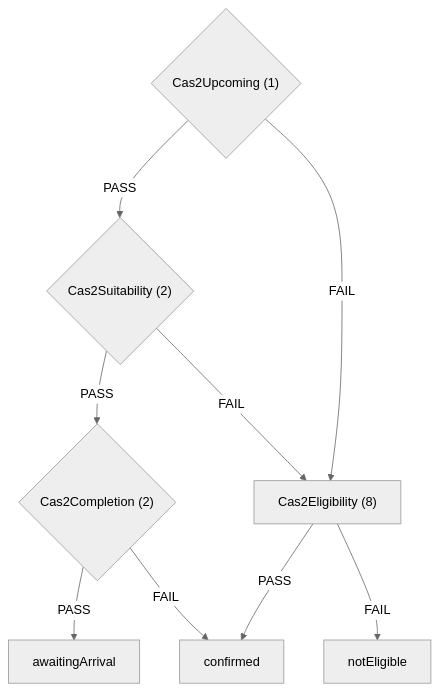
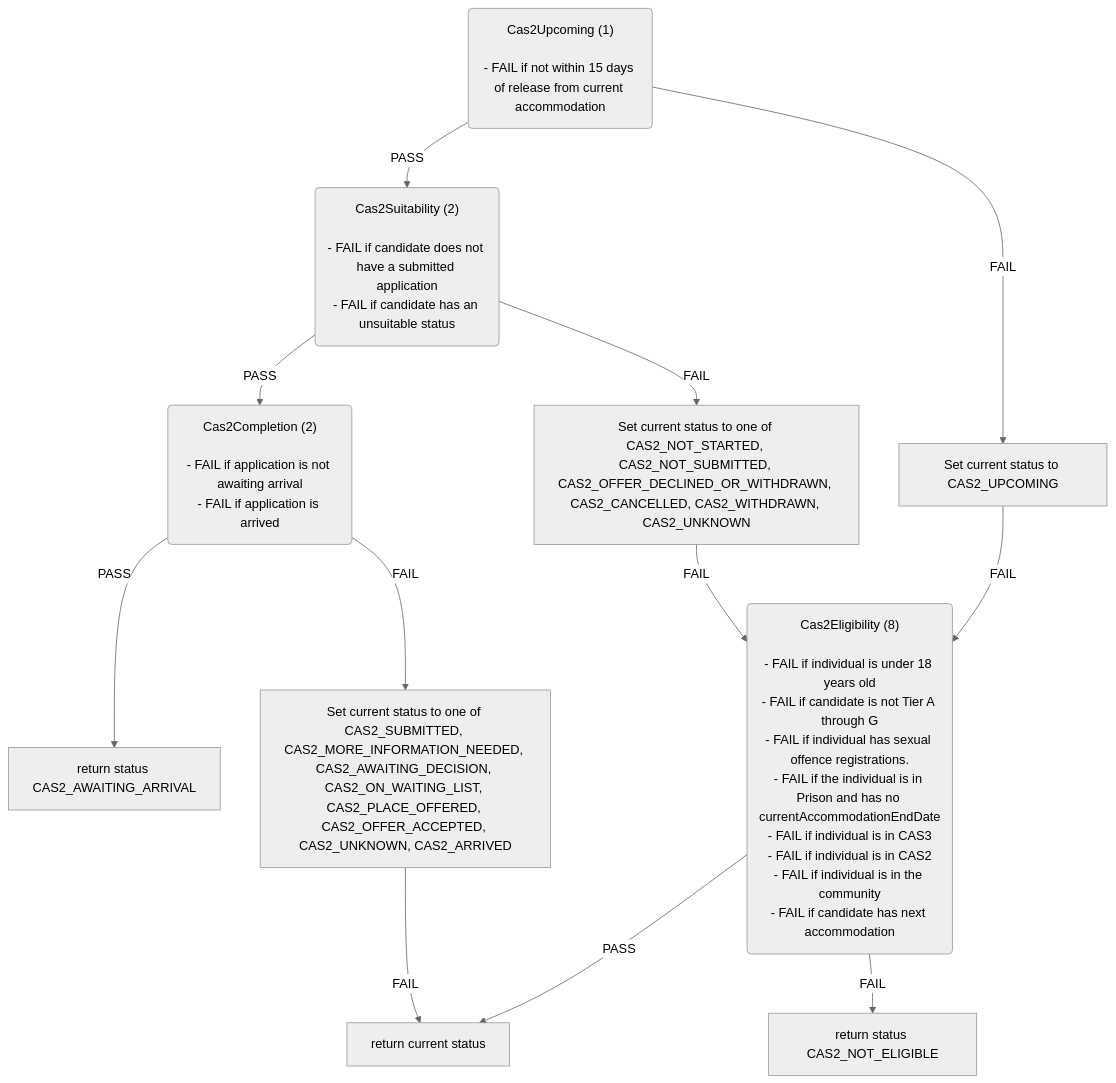
The second of 6 diagrams in docs/eligibility-rules-graph.md (ministryofjustice/hmpps-single-accommodation-service-api), drawn with Mermaid (neutral theme) before and after one commit. The commit also changed other lines of this file and 25 other files, not shown here.

First line of the commit message:
Rules graph improvements

````diff
--- a/docs/eligibility-rules-graph.md
+++ b/docs/eligibility-rules-graph.md
@@ -84,18 +108,41 @@
 ```mermaid
 flowchart TD
-  Cas2Upcoming{"Cas2Upcoming (1)"}
-  Cas2Suitability{"Cas2Suitability (2)"}
-  Cas2Completion{"Cas2Completion (2)"}
-  awaitingArrival["awaitingArrival"]
-  confirmed["confirmed"]
-  Cas2Eligibility["Cas2Eligibility (8)"]
-  notEligible["notEligible"]
-  Cas2Completion -->|PASS| awaitingArrival
-  Cas2Completion -->|FAIL| confirmed
-  Cas2Eligibility -->|PASS| confirmed
-  Cas2Eligibility -->|FAIL| notEligible
+  Cas2Upcoming("Cas2Upcoming (1)
+
+- FAIL if not within 15 days of release from current accommodation")
+  Cas2Suitability("Cas2Suitability (2)
+
+- FAIL if candidate does not have a submitted application
+- FAIL if candidate has an unsuitable status")
+  Cas2Completion("Cas2Completion (2)
+
+- FAIL if application is not awaiting arrival
+- FAIL if application is arrived")
+  return_status_CAS2_AWAITING_ARRIVAL["return status CAS2_AWAITING_ARRIVAL"]
+  Set_current_status_to_one_of_CAS2_SUBMITTED__CAS2_MORE_INFORMATION_NEEDED__CAS2_AWAITING_DECISION__CAS2_ON_WAITING_LIST__CAS2_PLACE_OFFERED__CAS2_OFFER_ACCEPTED__CAS2_UNKNOWN__CAS2_ARRIVED["Set current status to one of CAS2_SUBMITTED, CAS2_MORE_INFORMATION_NEEDED, CAS2_AWAITING_DECISION, CAS2_ON_WAITING_LIST, CAS2_PLACE_OFFERED, CAS2_OFFER_ACCEPTED, CAS2_UNKNOWN, CAS2_ARRIVED"]
+  return_current_status["return current status"]
+  Set_current_status_to_one_of_CAS2_NOT_STARTED__CAS2_NOT_SUBMITTED__CAS2_OFFER_DECLINED_OR_WITHDRAWN__CAS2_CANCELLED__CAS2_WITHDRAWN__CAS2_UNKNOWN["Set current status to one of CAS2_NOT_STARTED, CAS2_NOT_SUBMITTED, CAS2_OFFER_DECLINED_OR_WITHDRAWN, CAS2_CANCELLED, CAS2_WITHDRAWN, CAS2_UNKNOWN"]
+  Cas2Eligibility("Cas2Eligibility (8)
+
+- FAIL if individual is under 18 years old
+- FAIL if candidate is not Tier A through G
+- FAIL if individual has sexual offence registrations.
+- FAIL if the individual is in Prison and has no currentAccommodationEndDate
+- FAIL if individual is in CAS3
+- FAIL if individual is in CAS2
+- FAIL if individual is in the community
+- FAIL if candidate has next accommodation")
+  return_status_CAS2_NOT_ELIGIBLE["return status CAS2_NOT_ELIGIBLE"]
+  Set_current_status_to_CAS2_UPCOMING["Set current status to CAS2_UPCOMING"]
+  Cas2Completion -->|PASS| return_status_CAS2_AWAITING_ARRIVAL
+  Cas2Completion -->|FAIL| Set_current_status_to_one_of_CAS2_SUBMITTED__CAS2_MORE_INFORMATION_NEEDED__CAS2_AWAITING_DECISION__CAS2_ON_WAITING_LIST__CAS2_PLACE_OFFERED__CAS2_OFFER_ACCEPTED__CAS2_UNKNOWN__CAS2_ARRIVED
+  Set_current_status_to_one_of_CAS2_SUBMITTED__CAS2_MORE_INFORMATION_NEEDED__CAS2_AWAITING_DECISION__CAS2_ON_WAITING_LIST__CAS2_PLACE_OFFERED__CAS2_OFFER_ACCEPTED__CAS2_UNKNOWN__CAS2_ARRIVED -->|FAIL| return_current_status
   Cas2Suitability -->|PASS| Cas2Completion
-  Cas2Suitability -->|FAIL| Cas2Eligibility
+  Cas2Suitability -->|FAIL| Set_current_status_to_one_of_CAS2_NOT_STARTED__CAS2_NOT_SUBMITTED__CAS2_OFFER_DECLINED_OR_WITHDRAWN__CAS2_CANCELLED__CAS2_WITHDRAWN__CAS2_UNKNOWN
+  Cas2Eligibility -->|PASS| return_current_status
+  Cas2Eligibility -->|FAIL| return_status_CAS2_NOT_ELIGIBLE
+  Set_current_status_to_one_of_CAS2_NOT_STARTED__CAS2_NOT_SUBMITTED__CAS2_OFFER_DECLINED_OR_WITHDRAWN__CAS2_CANCELLED__CAS2_WITHDRAWN__CAS2_UNKNOWN -->|FAIL| Cas2Eligibility
   Cas2Upcoming -->|PASS| Cas2Suitability
-  Cas2Upcoming -->|FAIL| Cas2Eligibility
+  Cas2Upcoming -->|FAIL| Set_current_status_to_CAS2_UPCOMING
+  Set_current_status_to_CAS2_UPCOMING -->|FAIL| Cas2Eligibility
 ```
````
